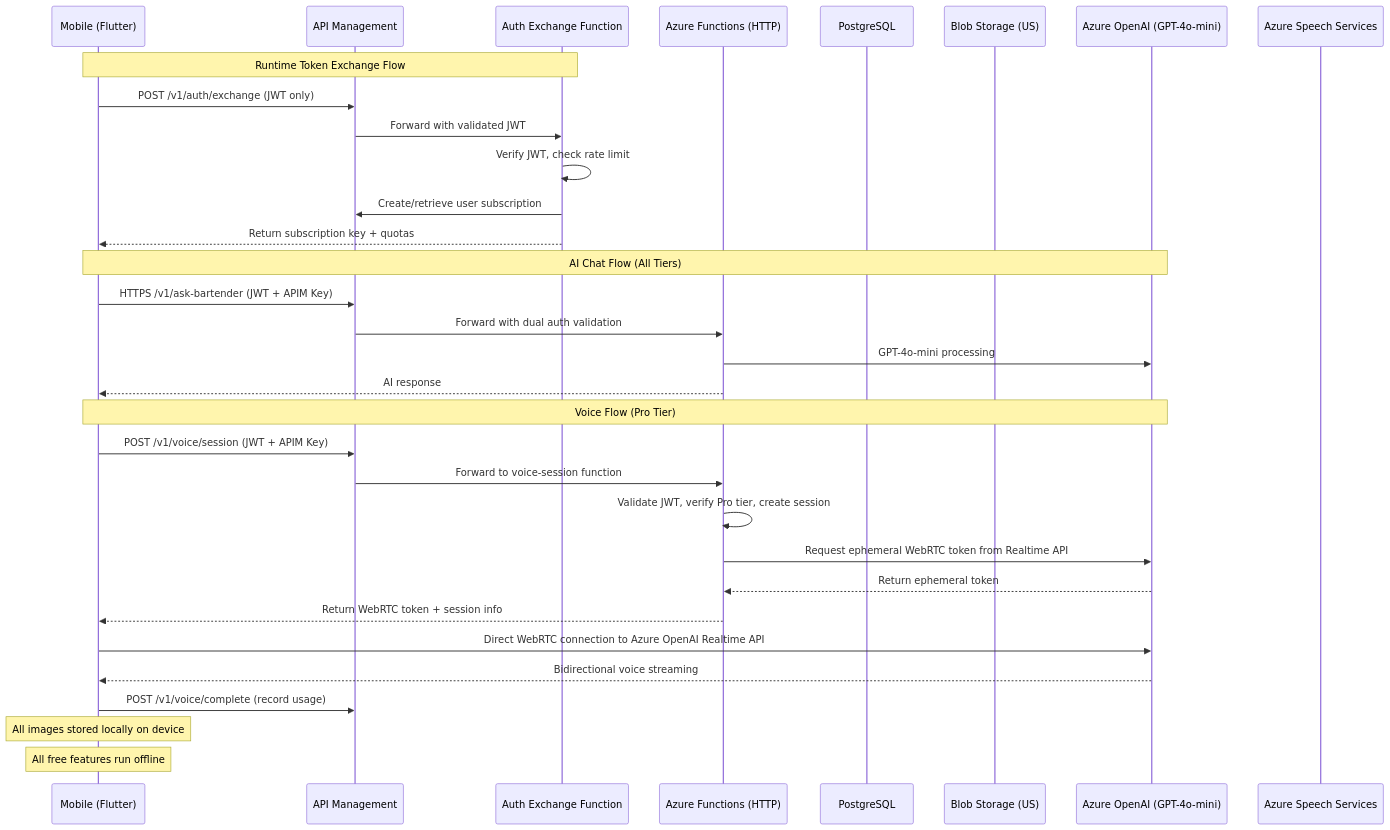
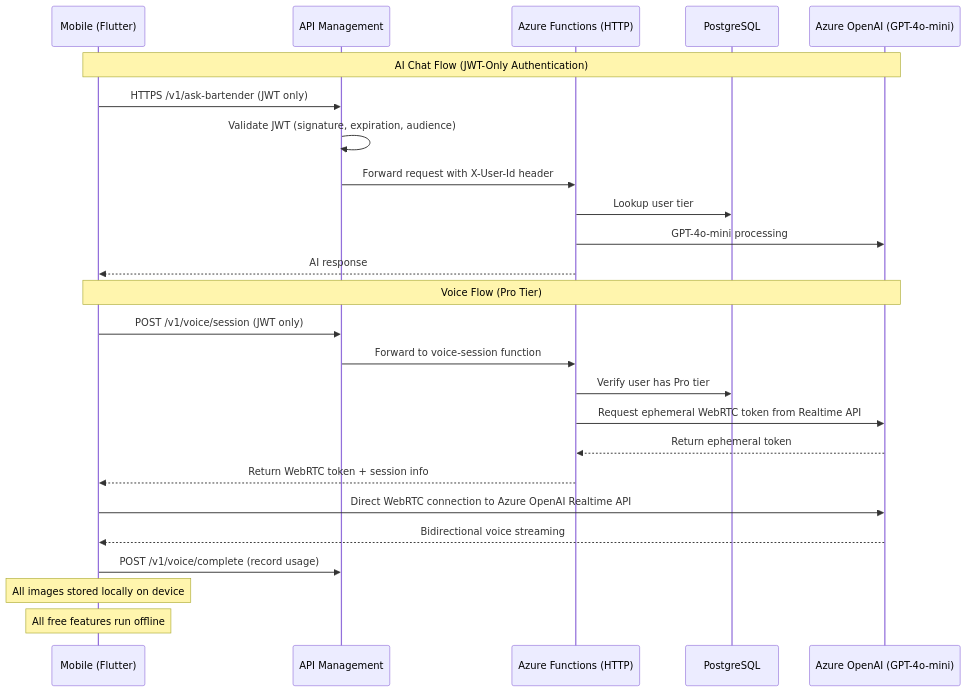
The first of 2 diagrams in docs/ARCHITECTURE.md (gwhitley1969/mybartenderAI-MVP), drawn with Mermaid before and after one commit. The commit also changed other lines of this file and 1 other file, not shown here.

First line of the commit message:
docs: Update authentication docs - JWT-only (no APIM subscription keys)

````diff
--- a/docs/ARCHITECTURE.md
+++ b/docs/ARCHITECTURE.md
@@ -78,38 +77,30 @@
 ```mermaid
 sequenceDiagram
   participant M as Mobile (Flutter)
   participant APIM as API Management
-  participant AE as Auth Exchange Function
   participant F as Azure Functions (HTTP)
   participant DB as PostgreSQL
-  participant B as Blob Storage (US)
   participant AI as Azure OpenAI (GPT-4o-mini)
-  participant Speech as Azure Speech Services
 
-  Note over M,AE: Runtime Token Exchange Flow
-  M->>APIM: POST /v1/auth/exchange (JWT only)
-  APIM->>AE: Forward with validated JWT
-  AE->>AE: Verify JWT, check rate limit
-  AE->>APIM: Create/retrieve user subscription
-  AE-->>M: Return subscription key + quotas
-
-  Note over M,AI: AI Chat Flow (All Tiers)
-  M->>APIM: HTTPS /v1/ask-bartender (JWT + APIM Key)
-  APIM->>F: Forward with dual auth validation
+  Note over M,AI: AI Chat Flow (JWT-Only Authentication)
+  M->>APIM: HTTPS /v1/ask-bartender (JWT only)
+  APIM->>APIM: Validate JWT (signature, expiration, audience)
+  APIM->>F: Forward request with X-User-Id header
+  F->>DB: Lookup user tier
   F->>AI: GPT-4o-mini processing
   F-->>M: AI response
 
   Note over M,AI: Voice Flow (Pro Tier)
-  M->>APIM: POST /v1/voice/session (JWT + APIM Key)
+  M->>APIM: POST /v1/voice/session (JWT only)
   APIM->>F: Forward to voice-session function
-  F->>F: Validate JWT, verify Pro tier, create session
+  F->>DB: Verify user has Pro tier
   F->>AI: Request ephemeral WebRTC token from Realtime API
   AI-->>F: Return ephemeral token
   F-->>M: Return WebRTC token + session info
   M->>AI: Direct WebRTC connection to Azure OpenAI Realtime API
   AI-->>M: Bidirectional voice streaming
   M->>APIM: POST /v1/voice/complete (record usage)
 
   Note over M: All images stored locally on device
   Note over M: All free features run offline
 ```
````
